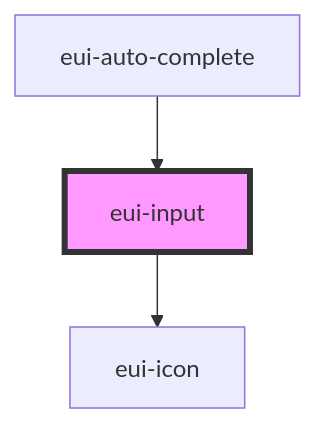
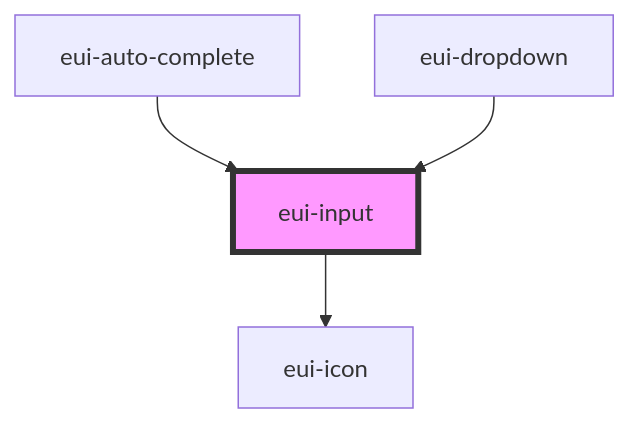
The diagram in ensemble-ui/src/components/input/readme.md (pnd-amirhosein/U_and_I), drawn with Mermaid before and after one commit. The commit also changed other lines of this file and 18 other files, not shown here.

````diff
--- a/ensemble-ui/src/components/input/readme.md
+++ b/ensemble-ui/src/components/input/readme.md
@@ -35,6 +36,7 @@
 ```mermaid
 graph TD;
   eui-input --> eui-icon
   eui-auto-complete --> eui-input
+  eui-dropdown --> eui-input
   style eui-input fill:#f9f,stroke:#333,stroke-width:4px
 ```
````
